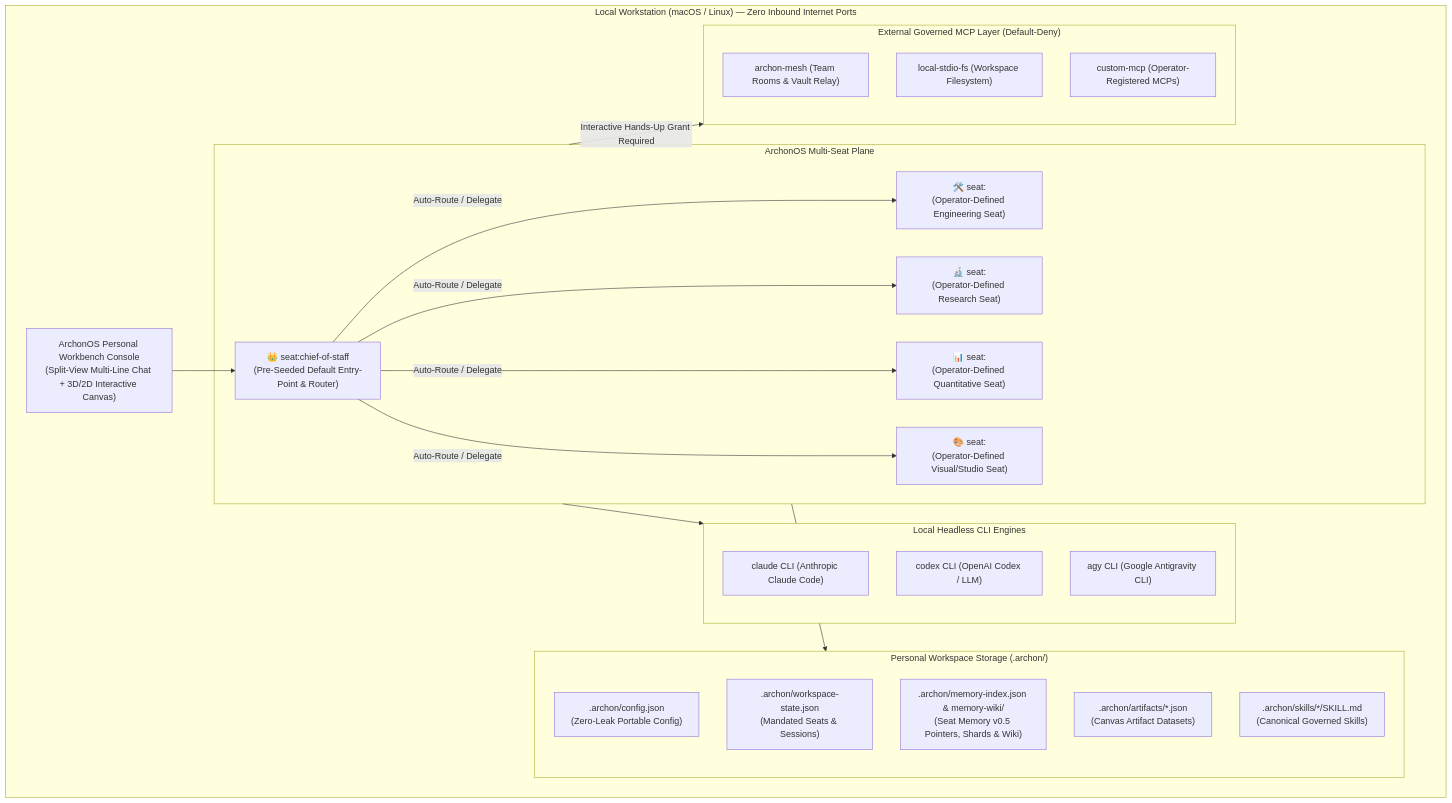
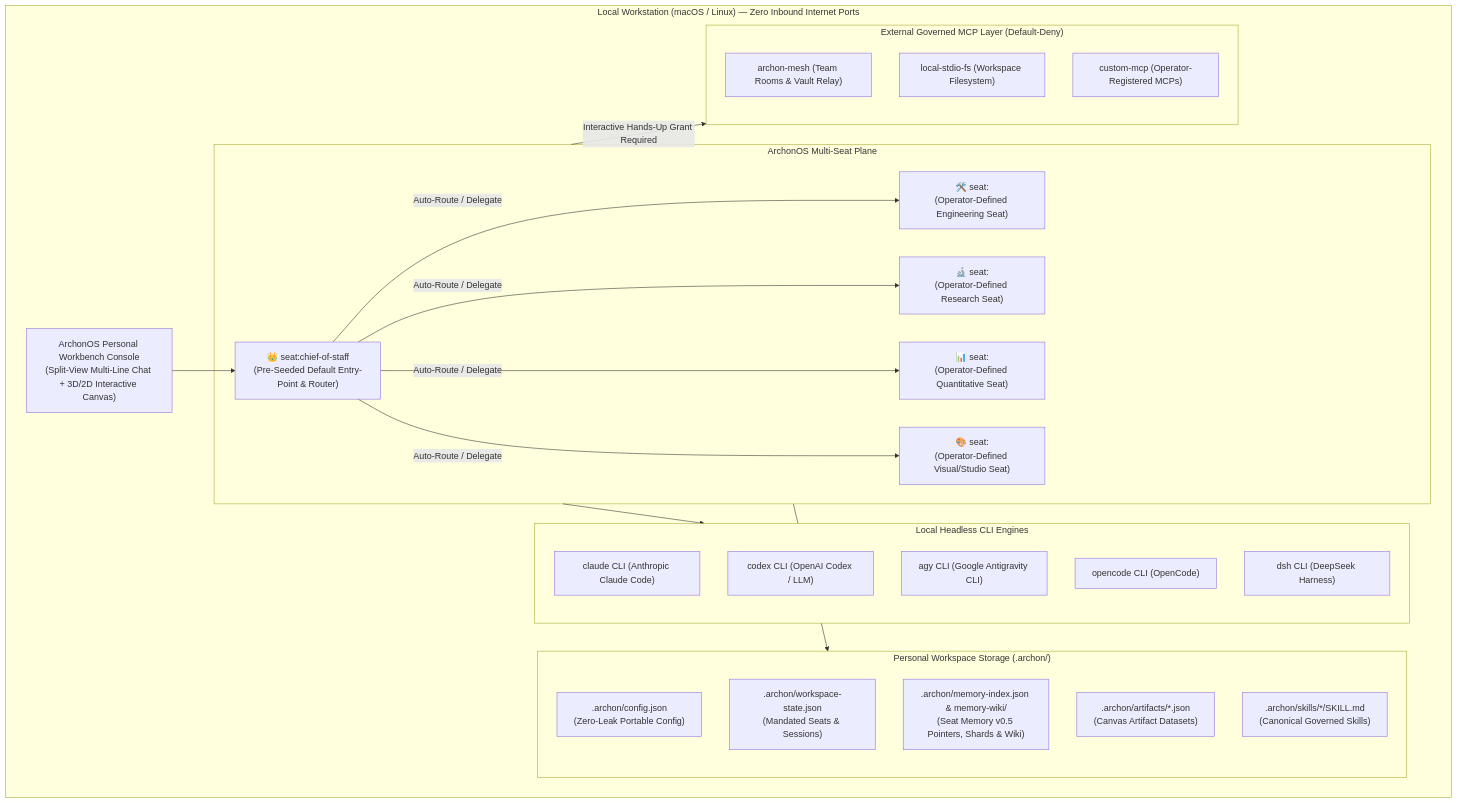
One commit to dmquant/archonos-pub changed the diagram in README.md. Above: the diagram before and after it, drawn with Mermaid. The commit also changed other lines of this file and 9 other files, not shown here.

````diff
--- a/README.md
+++ b/README.md
@@ -75,51 +75,53 @@
 ```mermaid
 flowchart TB
   subgraph Host["Local Workstation (macOS / Linux) — Zero Inbound Internet Ports"]
     UI["ArchonOS Personal Workbench Console
 (Split-View Multi-Line Chat + 3D/2D Interactive Canvas)"]
     
     subgraph Seats["ArchonOS Multi-Seat Plane"]
       COS["👑 seat:chief-of-staff
 (Pre-Seeded Default Entry-Point & Router)"]
       SPEC1["🛠️ seat:<custom-engineering>
 (Operator-Defined Engineering Seat)"]
       SPEC2["🔬 seat:<custom-research>
 (Operator-Defined Research Seat)"]
       SPEC3["📊 seat:<custom-quant>
 (Operator-Defined Quantitative Seat)"]
       SPEC4["🎨 seat:<custom-design>
 (Operator-Defined Visual/Studio Seat)"]
     end
 
     subgraph Hands["Local Headless CLI Engines"]
       CLI1["claude CLI (Anthropic Claude Code)"]
       CLI2["codex CLI (OpenAI Codex / LLM)"]
       CLI3["agy CLI (Google Antigravity CLI)"]
+      CLI4["opencode CLI (OpenCode)"]
+      CLI5["dsh CLI (DeepSeek Harness)"]
     end
 
     subgraph Storage["Personal Workspace Storage (.archon/)"]
       CFG[".archon/config.json
 (Zero-Leak Portable Config)"]
       STATE[".archon/workspace-state.json
 (Mandated Seats & Sessions)"]
       MEM[".archon/memory-index.json & memory-wiki/
 (Seat Memory v0.5 Pointers, Shards & Wiki)"]
       ARTS[".archon/artifacts/*.json
 (Canvas Artifact Datasets)"]
       SKILLS[".archon/skills/*/SKILL.md
 (Canonical Governed Skills)"]
     end
 
     subgraph MCP["External Governed MCP Layer (Default-Deny)"]
       MCP1["archon-mesh (Team Rooms & Vault Relay)"]
       MCP2["local-stdio-fs (Workspace Filesystem)"]
       MCP3["custom-mcp (Operator-Registered MCPs)"]
     end
   end
 
   UI --> COS
   COS -->|Auto-Route / Delegate| SPEC1 & SPEC2 & SPEC3 & SPEC4
   Seats --> Hands
   Seats --> Storage
   Seats -->|Interactive Hands-Up Grant Required| MCP
 ```
````
